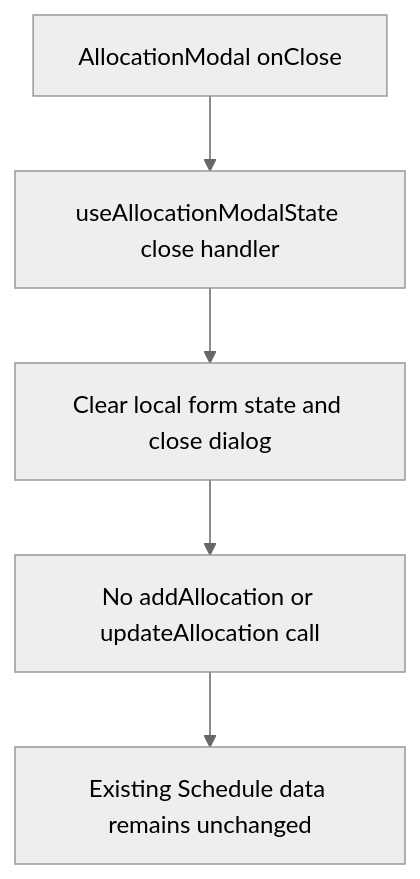
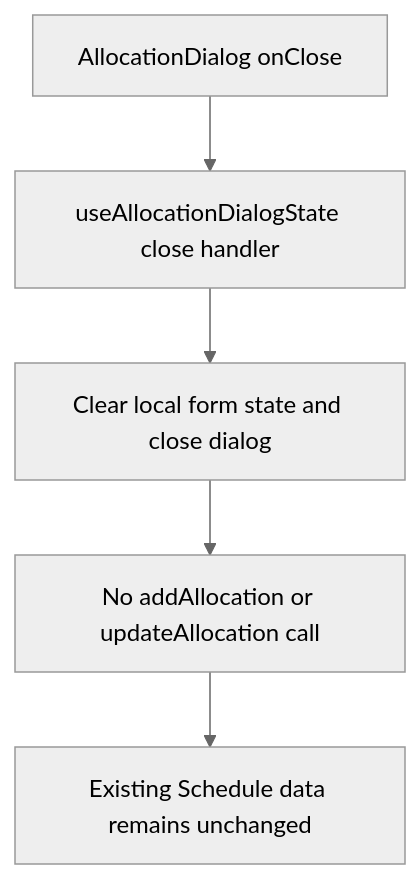
The second of 2 diagrams in user-stories/allocation/US-ALL-11-cancel-allocation-form.md (Kevinjohn/capacitylens), drawn with Mermaid (neutral theme) before and after one commit. The commit also changed other lines of this file and 47 other files, not shown here.

First line of the commit message:
Allocation dialog: rename allocation modal files and types

````diff
--- a/user-stories/allocation/US-ALL-11-cancel-allocation-form.md
+++ b/user-stories/allocation/US-ALL-11-cancel-allocation-form.md
@@ -30,7 +30,7 @@
 ```mermaid
 flowchart TD
-  A["AllocationModal onClose"] --> B["useAllocationModalState close handler"]
+  A["AllocationDialog onClose"] --> B["useAllocationDialogState close handler"]
   B --> C["Clear local form state and close dialog"]
   C --> D["No addAllocation or updateAllocation call"]
   D --> E["Existing Schedule data remains unchanged"]
 ```
````
